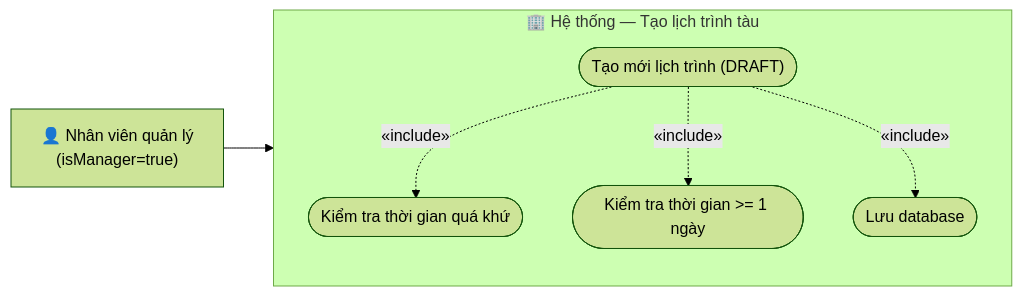
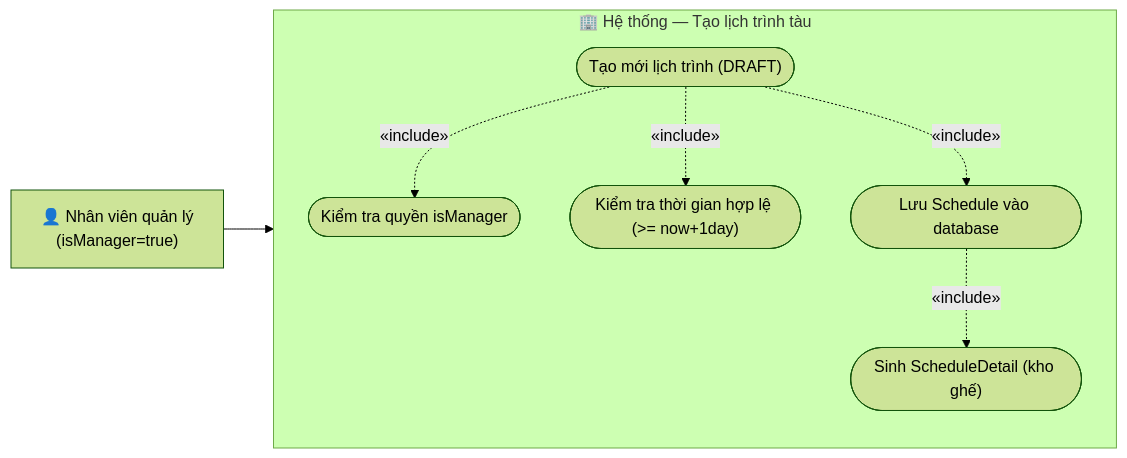
One commit to Distributed-Programing-Project/railway-reservation-system-server changed the diagram in docs/usecases/uc006-tao-lich-trinh-tau.md. Above: the diagram before and after it, drawn with Mermaid (forest theme). The commit also changed other lines of this file and 1 other file, not shown here.

First line of the commit message:
chore(docs): update uc006 usecase doc and sequence diagram

````diff
--- a/docs/usecases/uc006-tao-lich-trinh-tau.md
+++ b/docs/usecases/uc006-tao-lich-trinh-tau.md
@@ -59,20 +61,22 @@
 ```mermaid
 graph LR
     QL["👤 Nhân viên quản lý\n(isManager=true)"]
 
     subgraph SYS ["🏢 Hệ thống — Tạo lịch trình tàu"]
         direction TB
         
         UC_MAIN(["Tạo mới lịch trình (DRAFT)"])
         
-        SUB_VALIDATE_PAST(["Kiểm tra thời gian quá khứ"])
-        SUB_VALIDATE_1DAY(["Kiểm tra thời gian >= 1 ngày"])
-        SUB_SAVE(["Lưu database"])
+        SUB_AUTH(["Kiểm tra quyền isManager"])
+        SUB_VALIDATE_TIME(["Kiểm tra thời gian hợp lệ (>= now+1day)"])
+        SUB_SAVE(["Lưu Schedule vào database"])
+        SUB_GEN_DETAILS(["Sinh ScheduleDetail (kho ghế)"])
     end
 
     QL --> UC_MAIN
     
-    UC_MAIN -. "«include»" .-> SUB_VALIDATE_PAST
-    UC_MAIN -. "«include»" .-> SUB_VALIDATE_1DAY
+    UC_MAIN -. "«include»" .-> SUB_AUTH
+    UC_MAIN -. "«include»" .-> SUB_VALIDATE_TIME
     UC_MAIN -. "«include»" .-> SUB_SAVE
+    SUB_SAVE -. "«include»" .-> SUB_GEN_DETAILS
 ```
````
